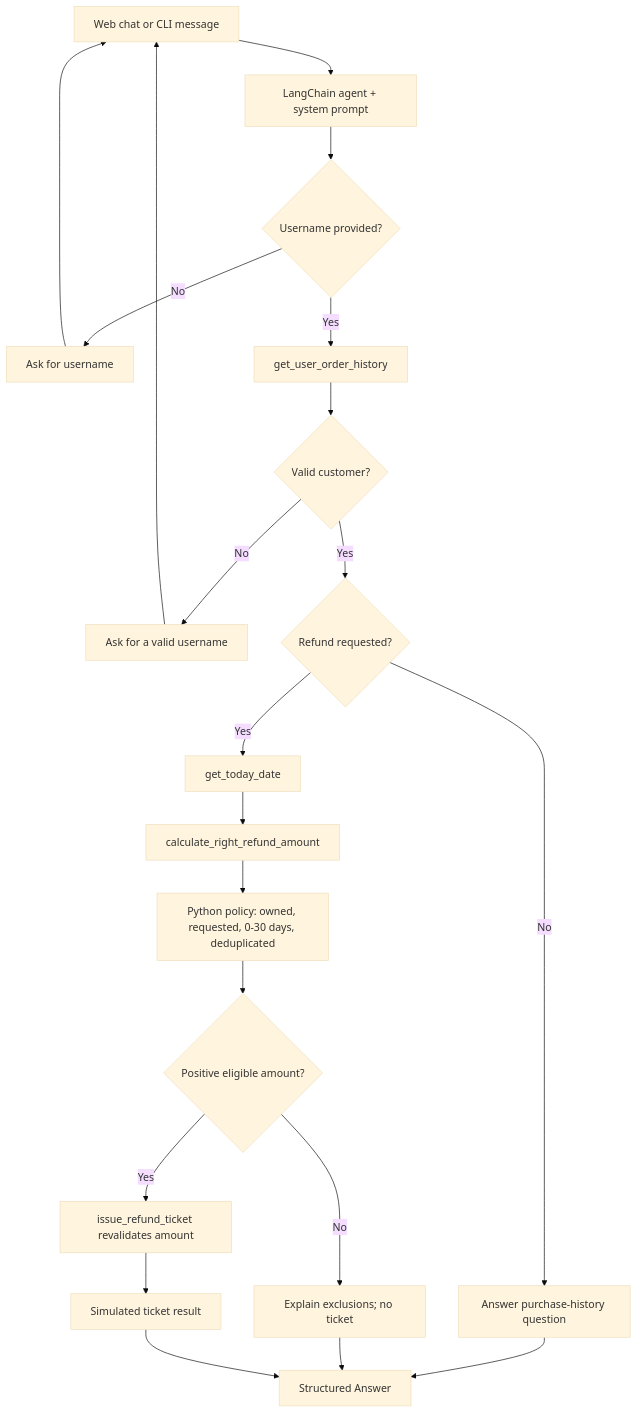
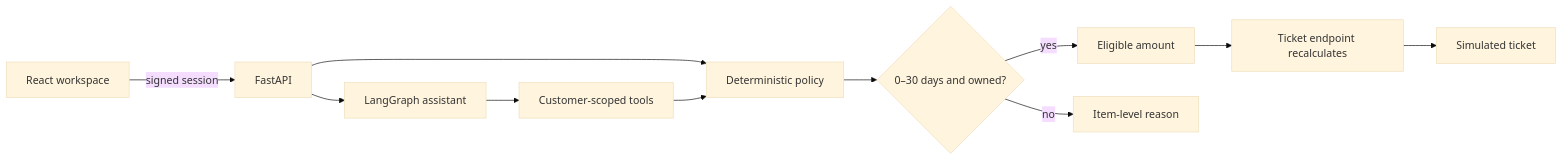
The diagram in README.md (nihal3992/customer-refund-policy-with-agent-langchain-evaluation), drawn with Mermaid (base theme) before and after one commit. The commit also changed other lines of this file, not shown here.

Commit message:
docs: present Refund Lab as a portfolio product

````diff
--- a/README.md
+++ b/README.md
@@ -145,23 +32,13 @@
 ```mermaid
-flowchart TD
-    A["Web chat or CLI message"] --> B["LangChain agent + system prompt"]
-    B --> C{"Username provided?"}
-    C -->|No| D["Ask for username"]
-    D --> A
-    C -->|Yes| E["get_user_order_history"]
-    E --> F{"Valid customer?"}
-    F -->|No| G["Ask for a valid username"]
-    G --> A
-    F -->|Yes| H{"Refund requested?"}
-    H -->|No| I["Answer purchase-history question"]
-    H -->|Yes| J["get_today_date"]
-    J --> K["calculate_right_refund_amount"]
-    K --> P["Python policy: owned, requested, 0-30 days, deduplicated"]
-    P --> L{"Positive eligible amount?"}
-    L -->|No| M["Explain exclusions; no ticket"]
-    L -->|Yes| N["issue_refund_ticket revalidates amount"]
-    N --> O["Simulated ticket result"]
-    I --> Q["Structured Answer"]
-    M --> Q
-    O --> Q
+flowchart LR
+    A[React workspace] -->|signed session| B[FastAPI]
+    B --> C[Deterministic policy]
+    B --> D[LangGraph assistant]
+    D --> E[Customer-scoped tools]
+    E --> C
+    C --> F{0–30 days and owned?}
+    F -->|yes| G[Eligible amount]
+    F -->|no| H[Item-level reason]
+    G --> I[Ticket endpoint recalculates]
+    I --> J[Simulated ticket]
 ```
````
